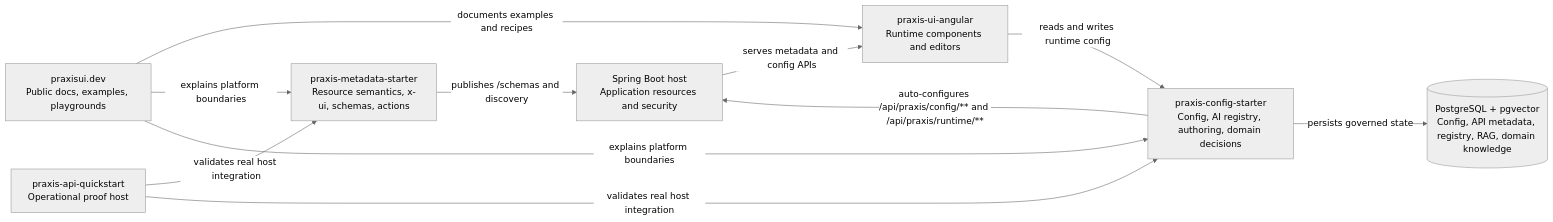
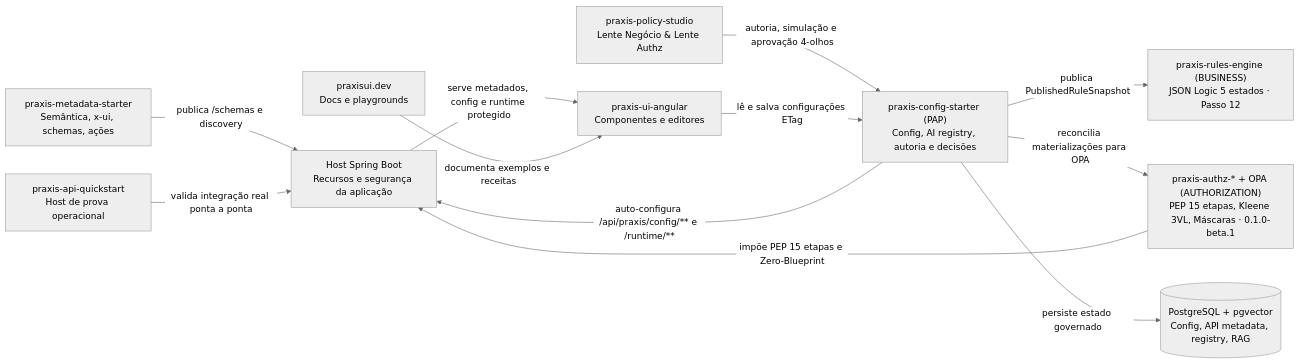
The first of 3 diagrams in README.md (codexrodrigues/praxis-config-starter), drawn with Mermaid (neutral theme) before and after one commit. The commit also changed other lines of this file and 51 other files, not shown here.

Commit message:
docs(config-starter): remove referencias internas, IDs e caminhos locais

````diff
--- a/README.md
+++ b/README.md
@@ -97,21 +70,25 @@
 ```mermaid
 flowchart LR
-    metadata["praxis-metadata-starter<br/>Resource semantics, x-ui, schemas, actions"]
-    host["Spring Boot host<br/>Application resources and security"]
-    config["praxis-config-starter<br/>Config, AI registry, authoring, domain decisions"]
-    db[("PostgreSQL + pgvector<br/>Config, API metadata, registry, RAG, domain knowledge")]
-    angular["praxis-ui-angular<br/>Runtime components and editors"]
-    site["praxisui.dev<br/>Public docs, examples, playgrounds"]
-    quickstart["praxis-api-quickstart<br/>Operational proof host"]
+    metadata["praxis-metadata-starter<br/>Semântica, x-ui, schemas, ações"]
+    host["Host Spring Boot<br/>Recursos e segurança da aplicação"]
+    config["praxis-config-starter (PAP)<br/>Config, AI registry, autoria e decisões"]
+    rules["praxis-rules-engine (BUSINESS)<br/>JSON Logic 5 estados · Passo 12"]
+    authz["praxis-authz-* + OPA (AUTHORIZATION)<br/>PEP 15 etapas, Kleene 3VL, Máscaras · 0.1.0-beta.1"]
+    studio["praxis-policy-studio<br/>Lente Negócio & Lente Authz"]
+    db[("PostgreSQL + pgvector<br/>Config, API metadata, registry, RAG")]
+    angular["praxis-ui-angular<br/>Componentes e editores"]
+    site["praxisui.dev<br/>Docs e playgrounds"]
+    quickstart["praxis-api-quickstart<br/>Host de prova operacional"]
 
-    metadata -->|"publishes /schemas and discovery"| host
-    config -->|"auto-configures /api/praxis/config/** and /api/praxis/runtime/**"| host
-    host -->|"serves metadata and config APIs"| angular
-    angular -->|"reads and writes runtime config"| config
-    config -->|"persists governed state"| db
-    site -->|"documents examples and recipes"| angular
-    site -->|"explains platform boundaries"| metadata
-    site -->|"explains platform boundaries"| config
-    quickstart -->|"validates real host integration"| metadata
-    quickstart -->|"validates real host integration"| config
+    metadata -->|"publica /schemas e discovery"| host
+    config -->|"auto-configura /api/praxis/config/** e /runtime/**"| host
+    config -->|"publica PublishedRuleSnapshot"| rules
+    config -->|"reconcilia materializações para OPA"| authz
+    studio -->|"autoria, simulação e aprovação 4-olhos"| config
+    authz -->|"impõe PEP 15 etapas e Zero-Blueprint"| host
+    host -->|"serve metadados, config e runtime protegido"| angular
+    angular -->|"lê e salva configurações ETag"| config
+    config -->|"persiste estado governado"| db
+    site -->|"documenta exemplos e receitas"| angular
+    quickstart -->|"valida integração real ponta a ponta"| host
 ```
````
